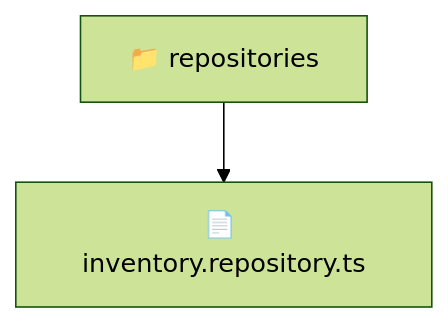
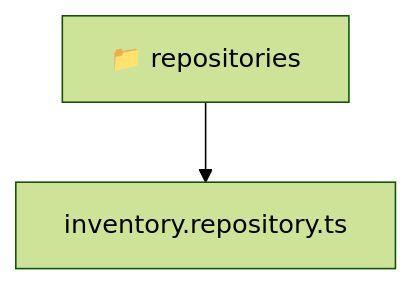
Before and after one commit to beginwebdev2002/fullstack-mavluda: the diagram in backend/src/modules/inventory/infrastructure/repositories/README.md, drawn with Mermaid (forest theme). The commit also changed other lines of this file and 167 other files, not shown here.

````diff
--- a/backend/src/modules/inventory/infrastructure/repositories/README.md
+++ b/backend/src/modules/inventory/infrastructure/repositories/README.md
@@ -9,5 +9,6 @@
 ```mermaid
 graph TD
-  Root["📁 repositories"]
-  Root --> inventory_repository_ts["📄 inventory.repository.ts"]
+  Root_repositories["📁 repositories"]
+  f_inventory_repository_ts["inventory.repository.ts"]
+  Root_repositories --> f_inventory_repository_ts
 ```
````
